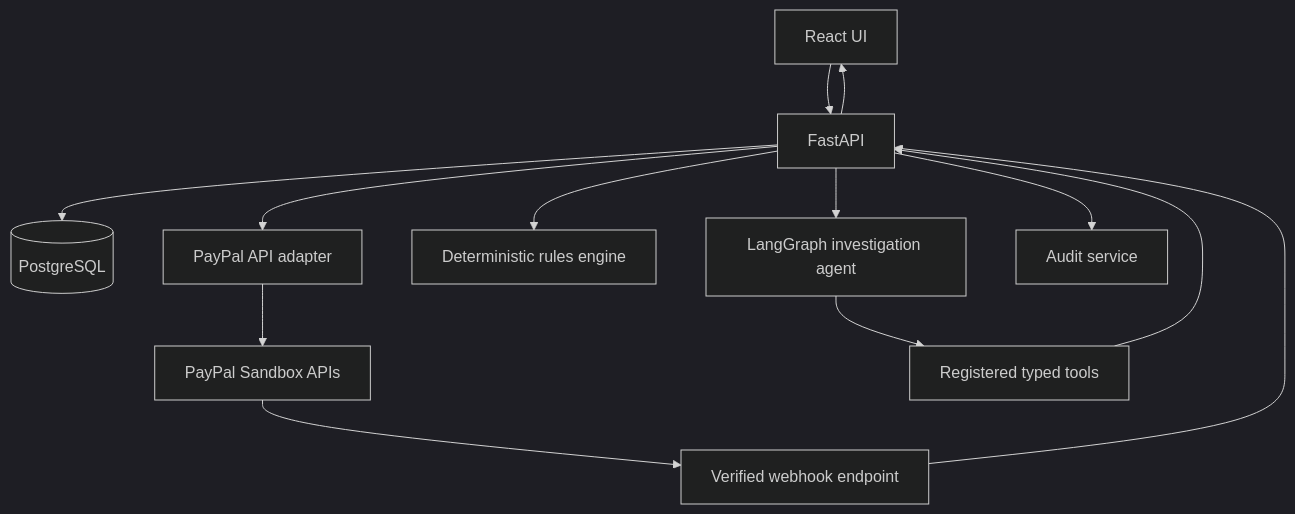
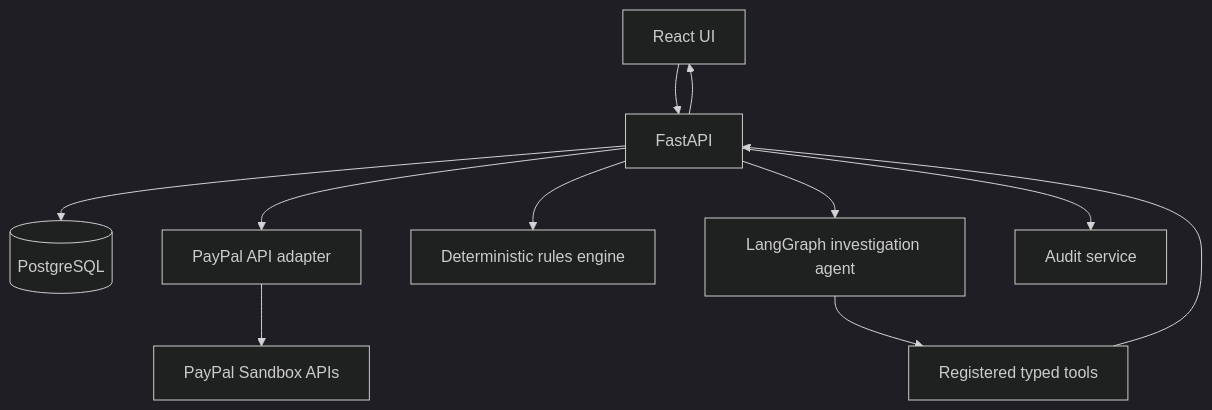
One commit to Harry-2007cmd/PayPilot changed the diagram in PayPilot_AI_Documentation_Packet/PROJECT_HANDBOOK.md. Above: the diagram before and after it, drawn with Mermaid (dark theme). The commit also changed other lines of this file and 52 other files, not shown here.

````diff
--- a/PayPilot_AI_Documentation_Packet/PROJECT_HANDBOOK.md
+++ b/PayPilot_AI_Documentation_Packet/PROJECT_HANDBOOK.md
@@ -56,15 +58,13 @@
 ```mermaid
 flowchart TD
   UI[React UI] --> API[FastAPI]
   API --> DB[(PostgreSQL)]
   API --> PP[PayPal API adapter]
   PP --> PPAPI[PayPal Sandbox APIs]
-  PPAPI --> WH[Verified webhook endpoint]
-  WH --> API
   API --> RULES[Deterministic rules engine]
   API --> AGENT[LangGraph investigation agent]
   AGENT --> TOOLS[Registered typed tools]
   TOOLS --> API
   API --> AUDIT[Audit service]
   API --> UI
 ```
````
